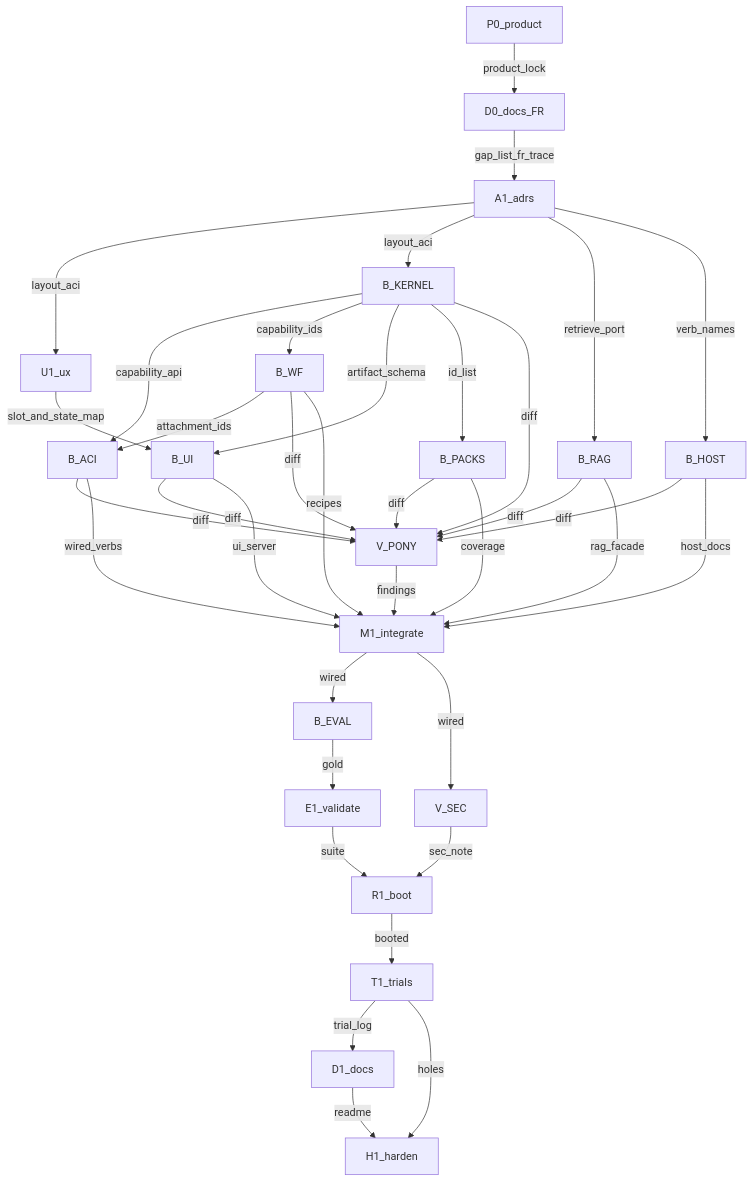
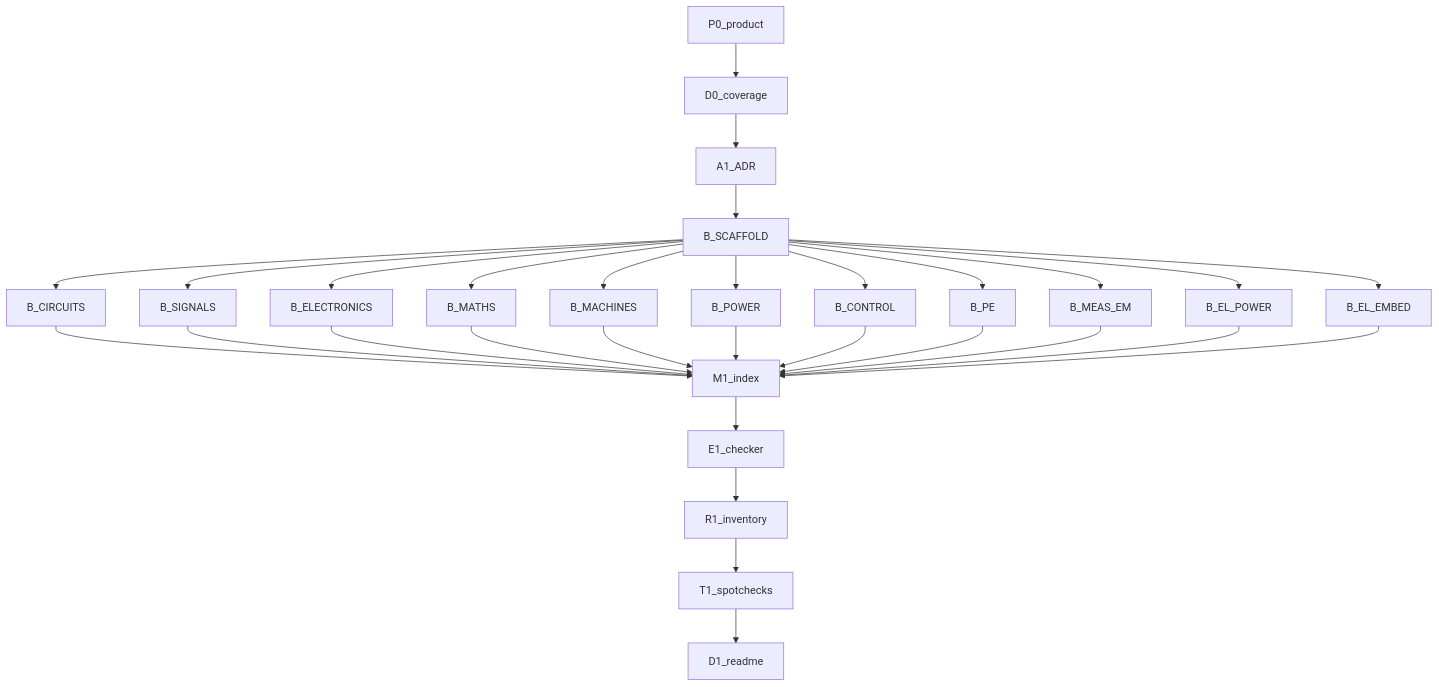
The diagram in LOOP_GRAPH.md (Vinayak-RZ/ARC), drawn with Mermaid before and after one commit. The commit also changed other lines of this file and 46 other files, not shown here.

First line of the commit message:
docs(planning): record Gate 0 and archive D19 graph pointers

````diff
--- a/LOOP_GRAPH.md
+++ b/LOOP_GRAPH.md
@@ -80,58 +79,32 @@
 ```mermaid
 flowchart TB
-  P0[P0_product]
-  D0[D0_docs_FR]
-  A1[A1_adrs]
-  U1[U1_ux]
-  BK[B_KERNEL]
-  BR[B_RAG]
-  BH[B_HOST]
-  BA[B_ACI]
-  BW[B_WF]
-  BU[B_UI]
-  BP[B_PACKS]
-  VP[V_PONY]
-  M1[M1_integrate]
-  BE[B_EVAL]
-  E1[E1_validate]
-  VS[V_SEC]
-  R1[R1_boot]
-  T1[T1_trials]
-  D1[D1_docs]
-  H1[H1_harden]
-  P0 -->|"product_lock"| D0
-  D0 -->|"gap_list_fr_trace"| A1
-  A1 -->|"layout_aci"| U1
-  A1 -->|"layout_aci"| BK
-  A1 -->|"retrieve_port"| BR
-  A1 -->|"verb_names"| BH
-  BK -->|"capability_api"| BA
-  BK -->|"capability_ids"| BW
-  BK -->|"artifact_schema"| BU
-  U1 -->|"slot_and_state_map"| BU
-  BK -->|"id_list"| BP
-  BW -->|"attachment_ids"| BA
-  BA -->|"diff"| VP
-  BW -->|"diff"| VP
-  BU -->|"diff"| VP
-  BP -->|"diff"| VP
-  BK -->|"diff"| VP
-  BR -->|"diff"| VP
-  BH -->|"diff"| VP
-  VP -->|"findings"| M1
-  BA -->|"wired_verbs"| M1
-  BW -->|"recipes"| M1
-  BU -->|"ui_server"| M1
-  BP -->|"coverage"| M1
-  BR -->|"rag_facade"| M1
-  BH -->|"host_docs"| M1
-  M1 -->|"wired"| BE
-  M1 -->|"wired"| VS
-  BE -->|"gold"| E1
-  E1 -->|"suite"| R1
-  VS -->|"sec_note"| R1
-  R1 -->|"booted"| T1
-  T1 -->|"trial_log"| D1
-  T1 -->|"holes"| H1
-  D1 -->|"readme"| H1
+  P0[P0_product] --> D0[D0_coverage]
+  D0 --> A1[A1_ADR]
+  A1 --> Sc[B_SCAFFOLD]
+  Sc --> Ckt[B_CIRCUITS]
+  Sc --> Sig[B_SIGNALS]
+  Sc --> Elx[B_ELECTRONICS]
+  Sc --> Math[B_MATHS]
+  Sc --> Mac[B_MACHINES]
+  Sc --> Pwr[B_POWER]
+  Sc --> Ctrl[B_CONTROL]
+  Sc --> PE[B_PE]
+  Sc --> Meas[B_MEAS_EM]
+  Sc --> ElP[B_EL_POWER]
+  Sc --> ElE[B_EL_EMBED]
+  Ckt --> M1[M1_index]
+  Sig --> M1
+  Elx --> M1
+  Math --> M1
+  Mac --> M1
+  Pwr --> M1
+  Ctrl --> M1
+  PE --> M1
+  Meas --> M1
+  ElP --> M1
+  ElE --> M1
+  M1 --> E1[E1_checker]
+  E1 --> R1[R1_inventory]
+  R1 --> T1[T1_spotchecks]
+  T1 --> D1[D1_readme]
 ```
````
